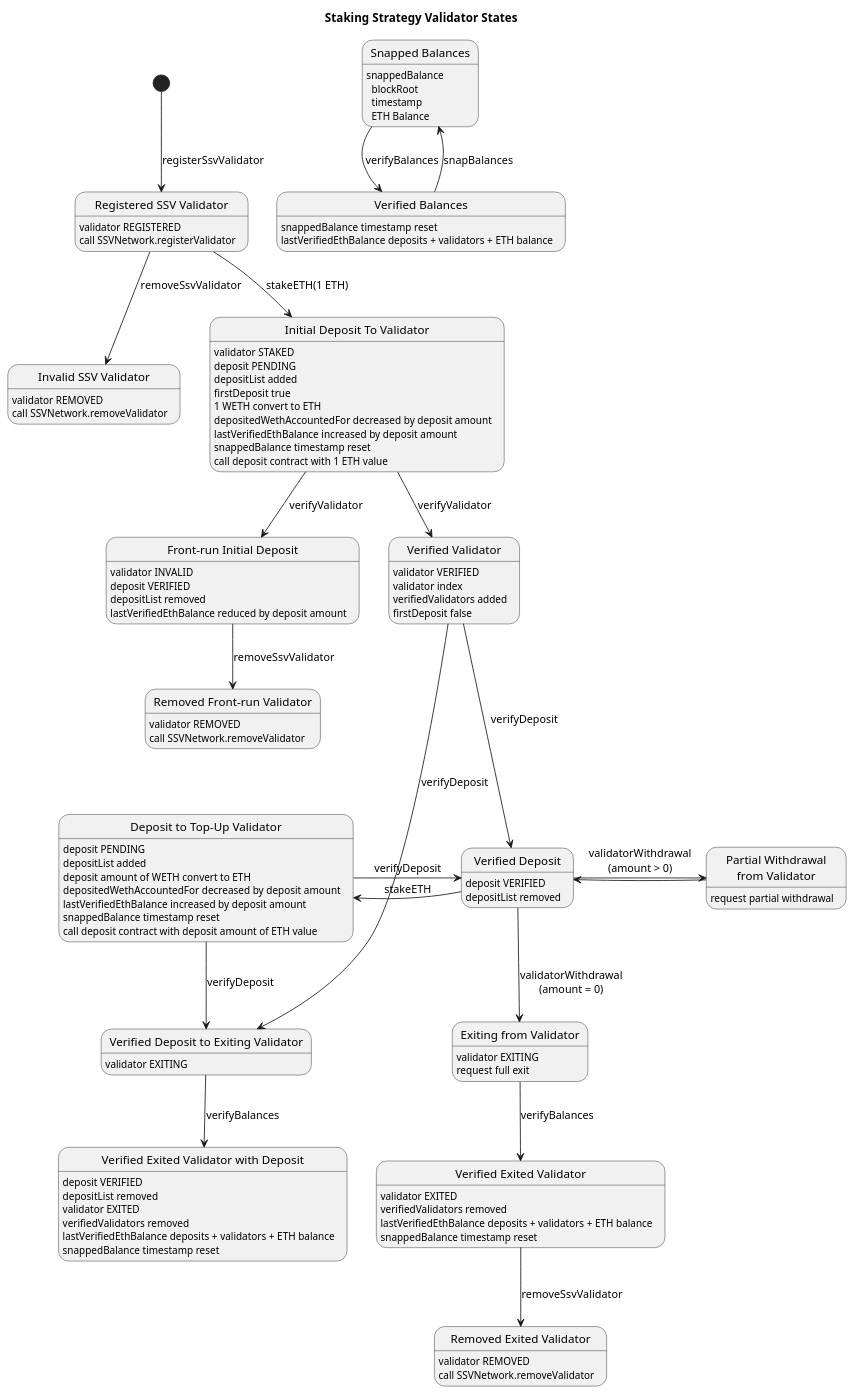
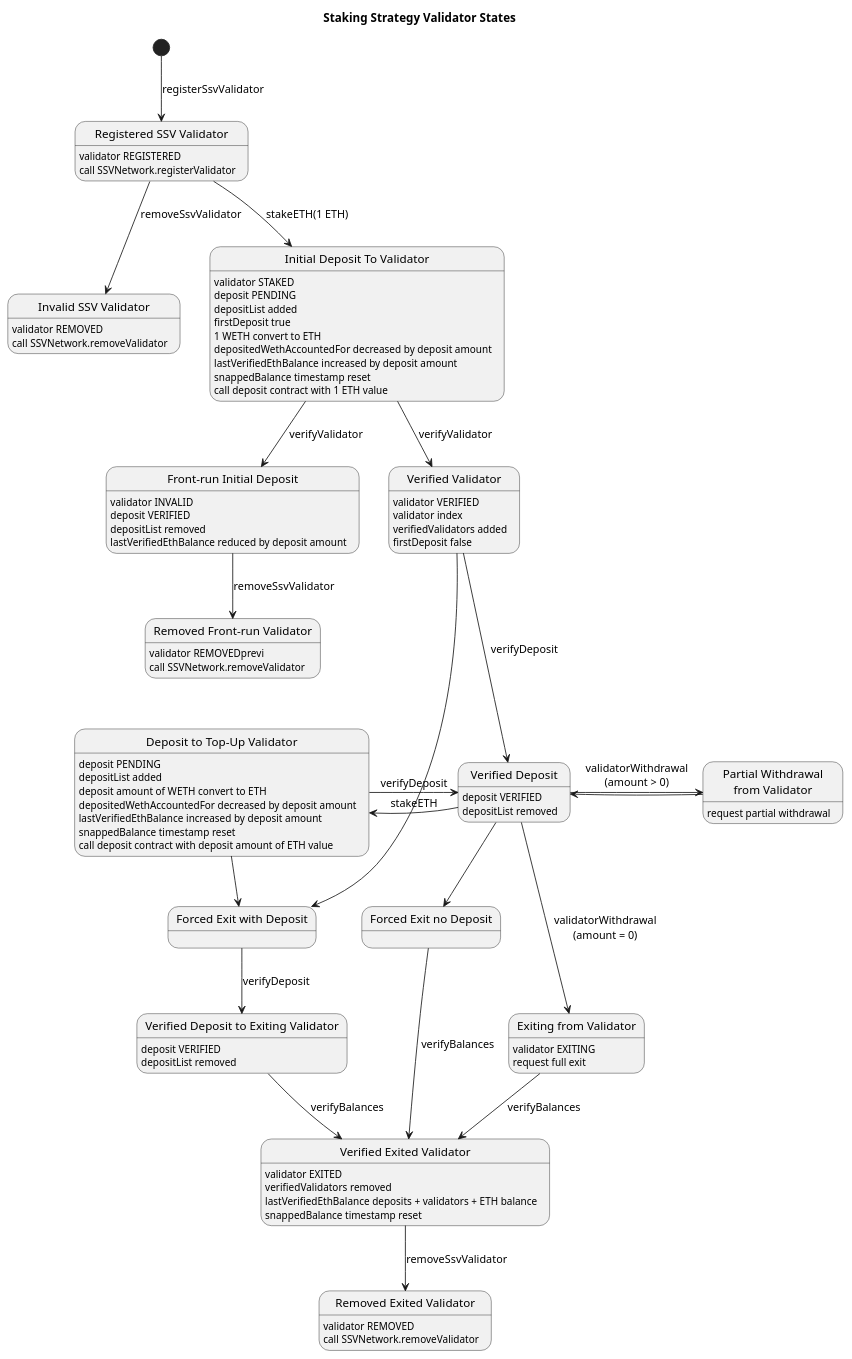
Before and after one commit to OriginProtocol/origin-dollar: the diagram in contracts/docs/plantuml/stakingStates.puml, drawn with PlantUML. The commit also changed 1 other file, not shown here.

Commit message:
Updated staking state diagram

```diff
--- a/contracts/docs/plantuml/stakingStates.puml
+++ b/contracts/docs/plantuml/stakingStates.puml
@@ -1,127 +1,122 @@
 @startuml
 
 title Staking Strategy Validator States
 
 state "Registered SSV Validator" as RegisteredValidator
 RegisteredValidator : validator REGISTERED
 RegisteredValidator : call SSVNetwork.registerValidator
 
 state "Invalid SSV Validator" as InvalidSSVValidator
 InvalidSSVValidator : validator REMOVED
 InvalidSSVValidator : call SSVNetwork.removeValidator
 
 state "Initial Deposit To Validator" as InitialDeposit
 InitialDeposit : validator STAKED
 InitialDeposit : deposit PENDING
 InitialDeposit : depositList added
 InitialDeposit : firstDeposit true
 InitialDeposit : 1 WETH convert to ETH
 InitialDeposit : depositedWethAccountedFor decreased by deposit amount
 InitialDeposit : lastVerifiedEthBalance increased by deposit amount
 InitialDeposit : snappedBalance timestamp reset
 InitialDeposit : call deposit contract with 1 ETH value
 
 state "Front-run Initial Deposit" as FrontRunDeposit
 FrontRunDeposit : validator INVALID
 FrontRunDeposit : deposit VERIFIED
 FrontRunDeposit : depositList removed
 FrontRunDeposit : lastVerifiedEthBalance reduced by deposit amount
 
 state "Removed Front-run Validator" as RemovedFrontRunValidator
-RemovedFrontRunValidator : validator REMOVED
+RemovedFrontRunValidator : validator REMOVEDprevi
 RemovedFrontRunValidator : call SSVNetwork.removeValidator
 
 state "Verified Validator" as VerifiedValidator
 VerifiedValidator : validator VERIFIED
 VerifiedValidator : validator index
 VerifiedValidator : verifiedValidators added
 VerifiedValidator : firstDeposit false
 
 state "Verified Deposit" as VerifiedDeposit
 VerifiedDeposit : deposit VERIFIED
 VerifiedDeposit : depositList removed
 
 state "Verified Deposit to Exiting Validator" as DepositToExitingValidator
-DepositToExitingValidator : validator EXITING
+DepositToExitingValidator : deposit VERIFIED
+DepositToExitingValidator : depositList removed
 
 state "Deposit to Top-Up Validator" as TopUpDeposit
 TopUpDeposit : deposit PENDING
 TopUpDeposit : depositList added
 TopUpDeposit : deposit amount of WETH convert to ETH
 TopUpDeposit : depositedWethAccountedFor decreased by deposit amount
 TopUpDeposit : lastVerifiedEthBalance increased by deposit amount
 TopUpDeposit : snappedBalance timestamp reset
 TopUpDeposit : call deposit contract with deposit amount of ETH value
 
-state "Verified Exited Validator with Deposit" as ExitedValidatorWithDeposit
-ExitedValidatorWithDeposit : deposit VERIFIED
-ExitedValidatorWithDeposit : depositList removed
-ExitedValidatorWithDeposit : validator EXITED
-ExitedValidatorWithDeposit : verifiedValidators removed
-ExitedValidatorWithDeposit : lastVerifiedEthBalance deposits + validators + ETH balance
-ExitedValidatorWithDeposit : snappedBalance timestamp reset
+
+state "Forced Exit with Deposit" as ForcedExitWithDeposit
+state "Forced Exit no Deposit" as ForcedExitNoDeposit
+
+' state "Verified Deposit to Exiting Validator" as ExitedValidatorWithDeposit
+' ExitedValidatorWithDeposit : deposit VERIFIED
+' ExitedValidatorWithDeposit : depositList removed
+' ExitedValidatorWithDeposit : validator EXITED
+' ExitedValidatorWithDeposit : verifiedValidators removed
+' ExitedValidatorWithDeposit : lastVerifiedEthBalance deposits + validators + ETH balance
+' ExitedValidatorWithDeposit : snappedBalance timestamp reset
 
 state "Verified Exited Validator" as ExitedValidator
 ExitedValidator : validator EXITED
 ExitedValidator : verifiedValidators removed
 ExitedValidator : lastVerifiedEthBalance deposits + validators + ETH balance
 ExitedValidator : snappedBalance timestamp reset
 
 state "Partial Withdrawal\nfrom Validator" as PartialWithdrawal
 PartialWithdrawal : request partial withdrawal
 
 state "Exiting from Validator" as ExitingValidator
 ExitingValidator : validator EXITING
 ExitingValidator : request full exit
 
 state "Removed Exited Validator" as RemovedExitedValidator
 RemovedExitedValidator : validator REMOVED
 RemovedExitedValidator : call SSVNetwork.removeValidator
 
-state "Snapped Balances" as SnappedBalances
-SnappedBalances : snappedBalance\n  blockRoot\n  timestamp\n  ETH Balance
+' state "Snapped Balances" as SnappedBalances
+' SnappedBalances : snappedBalance\n  blockRoot\n  timestamp\n  ETH Balance
 
-state "Verified Balances" as VerifiedBalances
-VerifiedBalances : snappedBalance timestamp reset
-VerifiedBalances : lastVerifiedEthBalance deposits + validators + ETH balance
+' state "Verified Balances" as VerifiedBalances
+' VerifiedBalances : snappedBalance timestamp reset
+' VerifiedBalances : lastVerifiedEthBalance deposits + validators + ETH balance
 
 [*] --> RegisteredValidator : registerSsvValidator
 
 RegisteredValidator --> InitialDeposit : stakeETH(1 ETH)
 RegisteredValidator --> InvalidSSVValidator : removeSsvValidator
 
 InitialDeposit --> VerifiedValidator : verifyValidator
 InitialDeposit --> FrontRunDeposit : verifyValidator
 FrontRunDeposit --> RemovedFrontRunValidator : removeSsvValidator
 VerifiedValidator ---> VerifiedDeposit : verifyDeposit
-VerifiedValidator --> DepositToExitingValidator : verifyDeposit
+VerifiedValidator --> ForcedExitWithDeposit
 
 VerifiedDeposit -> TopUpDeposit : stakeETH
 TopUpDeposit -> VerifiedDeposit : verifyDeposit
-TopUpDeposit --> DepositToExitingValidator : verifyDeposit
+VerifiedDeposit --> ForcedExitNoDeposit
+ForcedExitNoDeposit ---> ExitedValidator : verifyBalances
+TopUpDeposit --> ForcedExitWithDeposit
+ForcedExitWithDeposit --> DepositToExitingValidator : verifyDeposit
 
-DepositToExitingValidator --> ExitedValidatorWithDeposit : verifyBalances
+DepositToExitingValidator --> ExitedValidator : verifyBalances
 
 VerifiedDeposit -> PartialWithdrawal : validatorWithdrawal\n(amount > 0)
 PartialWithdrawal -> VerifiedDeposit
-VerifiedDeposit --> ExitingValidator : validatorWithdrawal\n(amount = 0)
+VerifiedDeposit ---> ExitingValidator : validatorWithdrawal\n(amount = 0)
 ExitingValidator --> ExitedValidator : verifyBalances
 ExitedValidator --> RemovedExitedValidator : removeSsvValidator
 
-SnappedBalances --> VerifiedBalances : verifyBalances
-VerifiedBalances --> SnappedBalances : snapBalances
-
-' InitialDeposit --> VERIFIED : verifyValidator
-' InitialDeposit --> INVALID : verifyValidator
-
-' VERIFIED --> EXITING : validatorWithdrawal\nverifyDeposit
-' VERIFIED --> EXITED : verifyBalances
-' EXITING --> EXITED : verifyBalances
-
-' RegisteredValidator --> REMOVED : removeSsvValidator
-' INVALID --> REMOVED : removeSsvValidator
-
-
-' STAKED : Beacon Chain\n- Pending deposits\n- Processed deposit\n- Frontrun deposit
+' SnappedBalances --> VerifiedBalances : verifyBalances
+' VerifiedBalances --> SnappedBalances : snapBalances
 
 @enduml
```
